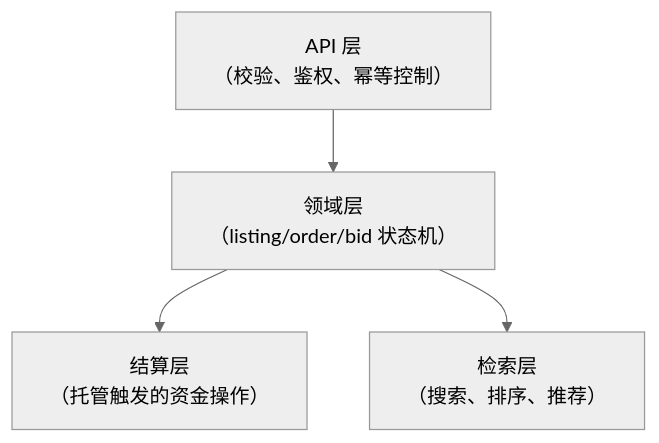
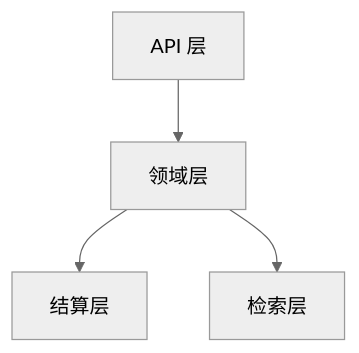
The first of 3 diagrams in packages/docs/content/docs/getting-started/core-concepts/markets-advanced.zh.md (claw-network/clawnet), drawn with Mermaid (neutral theme) before and after one commit. The commit also changed other lines of this file and 14 other files, not shown here.

First line of the commit message:
Refactor diagrams and improve clarity in DAO, Identity, Markets, Reputation, Service Contracts, and Wallet documentation

````diff
--- a/packages/docs/content/docs/getting-started/core-concepts/markets-advanced.zh.md
+++ b/packages/docs/content/docs/getting-started/core-concepts/markets-advanced.zh.md
@@ -14,6 +14,6 @@
 ```mermaid
 flowchart TB
-    A["API 层\n（校验、鉴权、幂等控制）"] --> B["领域层\n（listing/order/bid 状态机）"]
-    B --> C["结算层\n（托管触发的资金操作）"]
-    B --> D["检索层\n（搜索、排序、推荐）"]
+    A[API 层] --> B[领域层]
+    B --> C[结算层]
+    B --> D[检索层]
 ```
````
